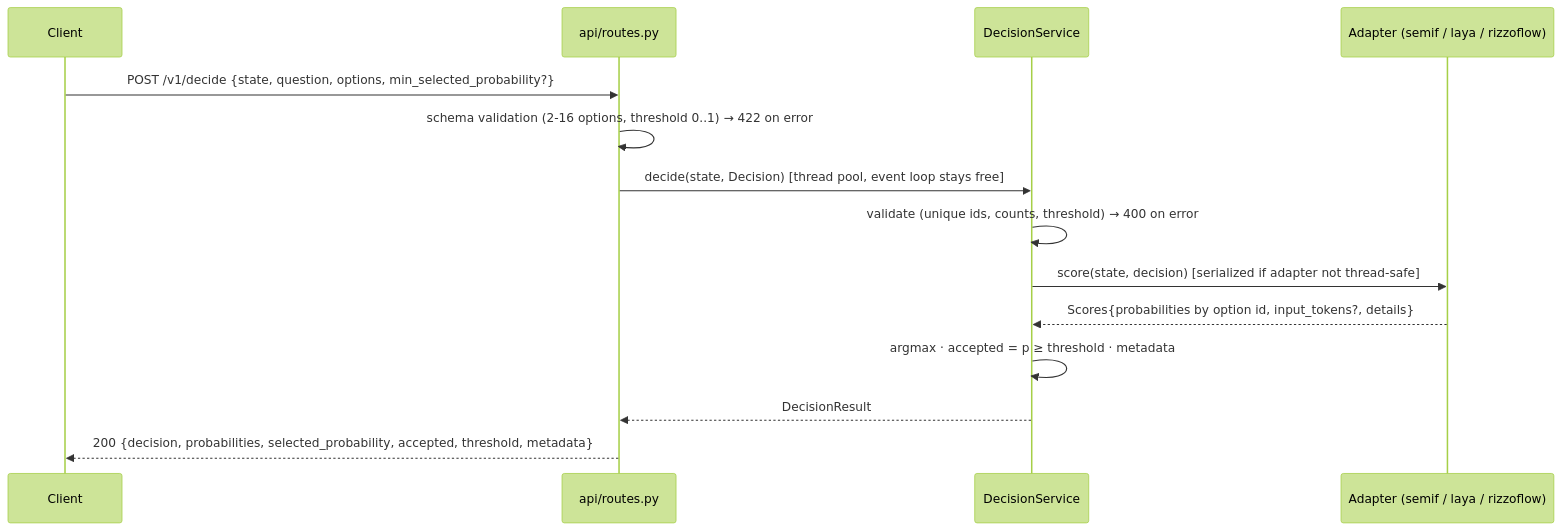
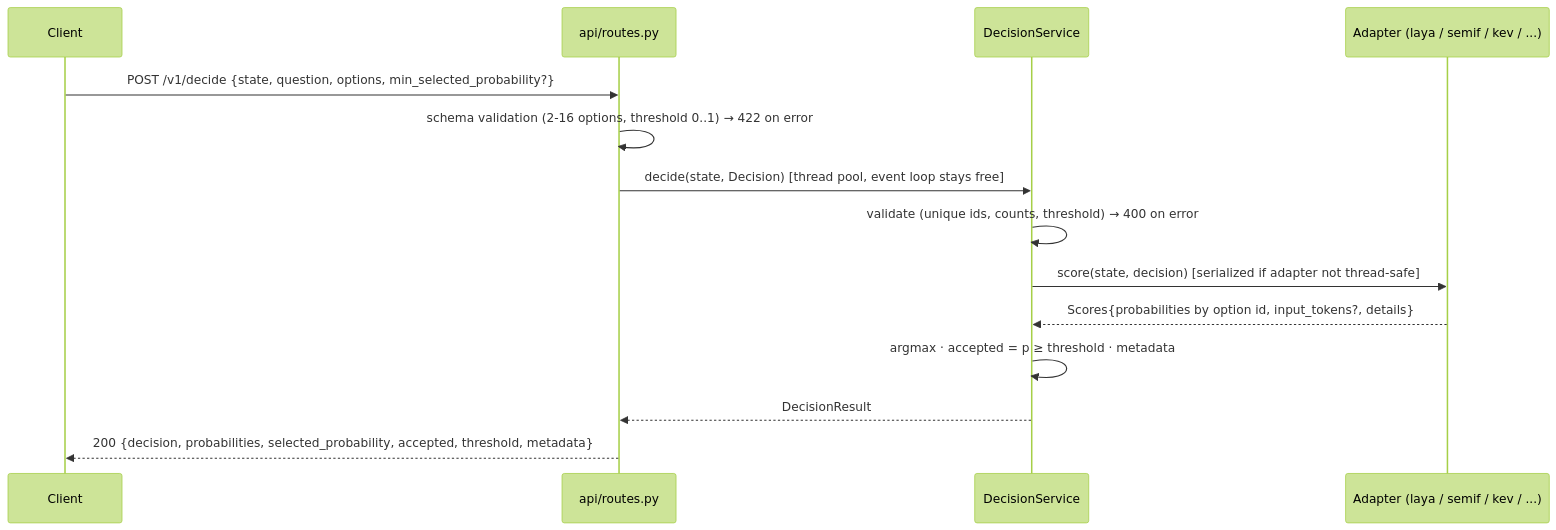
One commit to GiskardB/jev-agentbridge changed the second of 3 diagrams in docs/architecture.md. Above: the diagram before and after it, drawn with Mermaid (forest theme). The commit also changed other lines of this file and 65 other files, not shown here.

First line of the commit message:
0.5.0: rename to jev-agentbridge, add System One adapter (kev), engine guide

````diff
--- a/docs/architecture.md
+++ b/docs/architecture.md
@@ -49,17 +61,17 @@
 ```mermaid
 sequenceDiagram
     participant C as Client
     participant A as api/routes.py
     participant S as DecisionService
-    participant P as Adapter (semif / laya / rizzoflow)
+    participant P as Adapter (laya / semif / kev / ...)
 
     C->>A: POST /v1/decide {state, question, options, min_selected_probability?}
     A->>A: schema validation (2-16 options, threshold 0..1) → 422 on error
     A->>S: decide(state, Decision)  [thread pool, event loop stays free]
     S->>S: validate (unique ids, counts, threshold) → 400 on error
     S->>P: score(state, decision)  [serialized if adapter not thread-safe]
     P-->>S: Scores{probabilities by option id, input_tokens?, details}
     S->>S: argmax · accepted = p ≥ threshold · metadata
     S-->>A: DecisionResult
     A-->>C: 200 {decision, probabilities, selected_probability, accepted, threshold, metadata}
 ```
````
